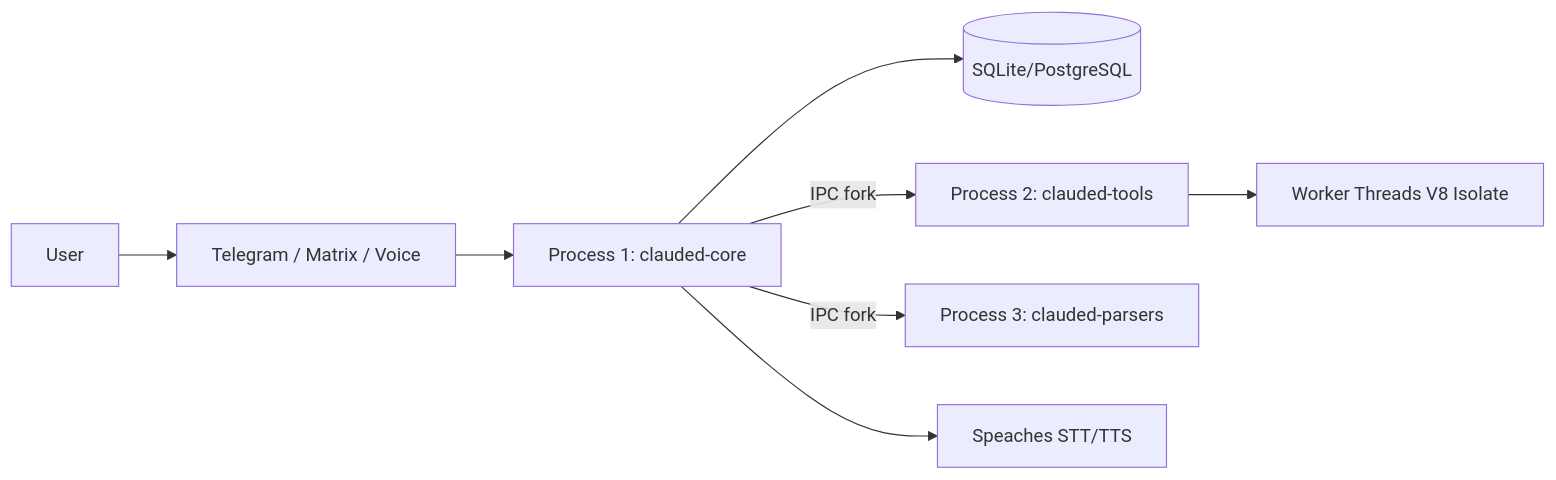
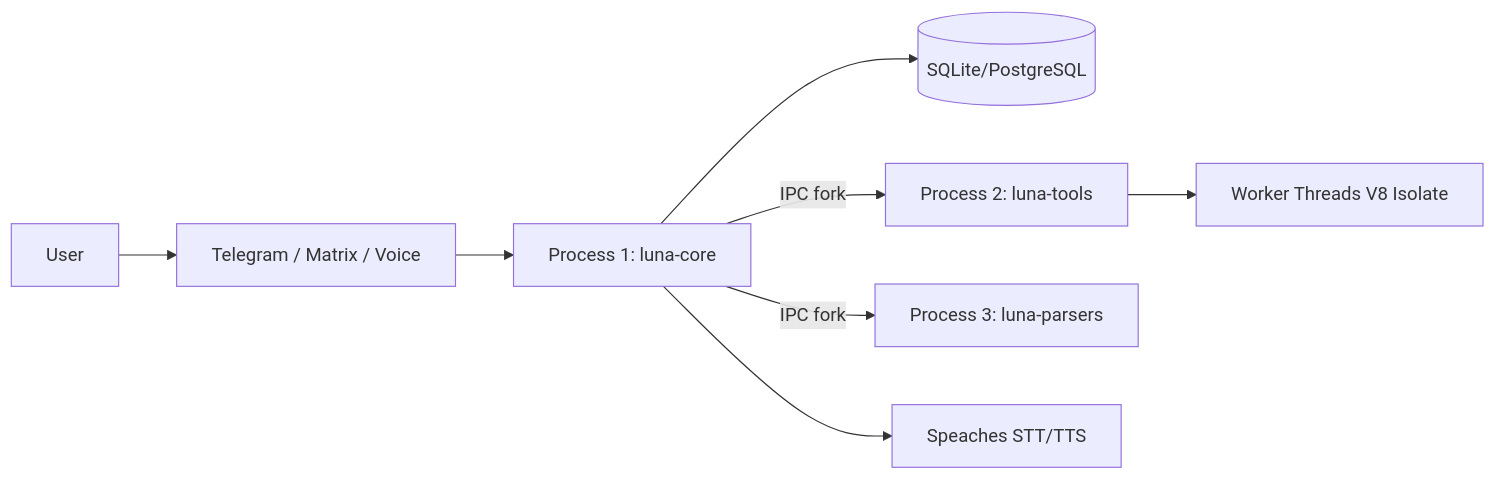
Before and after one commit to ccmanuelf/superprompt: the seventh of 8 diagrams in docs/architecture.md, drawn with Mermaid. The commit also changed other lines of this file and 158 other files, not shown here.

````diff
--- a/docs/architecture.md
+++ b/docs/architecture.md
@@ -959,10 +959,10 @@
 ```mermaid
 graph LR
     User[User] --> Platform[Telegram / Matrix / Voice]
-    Platform --> P1[Process 1: clauded-core]
+    Platform --> P1[Process 1: luna-core]
     P1 --> DB[(SQLite/PostgreSQL)]
-    P1 -->|IPC fork| P2[Process 2: clauded-tools]
-    P1 -->|IPC fork| P3[Process 3: clauded-parsers]
+    P1 -->|IPC fork| P2[Process 2: luna-tools]
+    P1 -->|IPC fork| P3[Process 3: luna-parsers]
     P2 --> Worker[Worker Threads V8 Isolate]
     P1 --> Speaches[Speaches STT/TTS]
 ```
````
